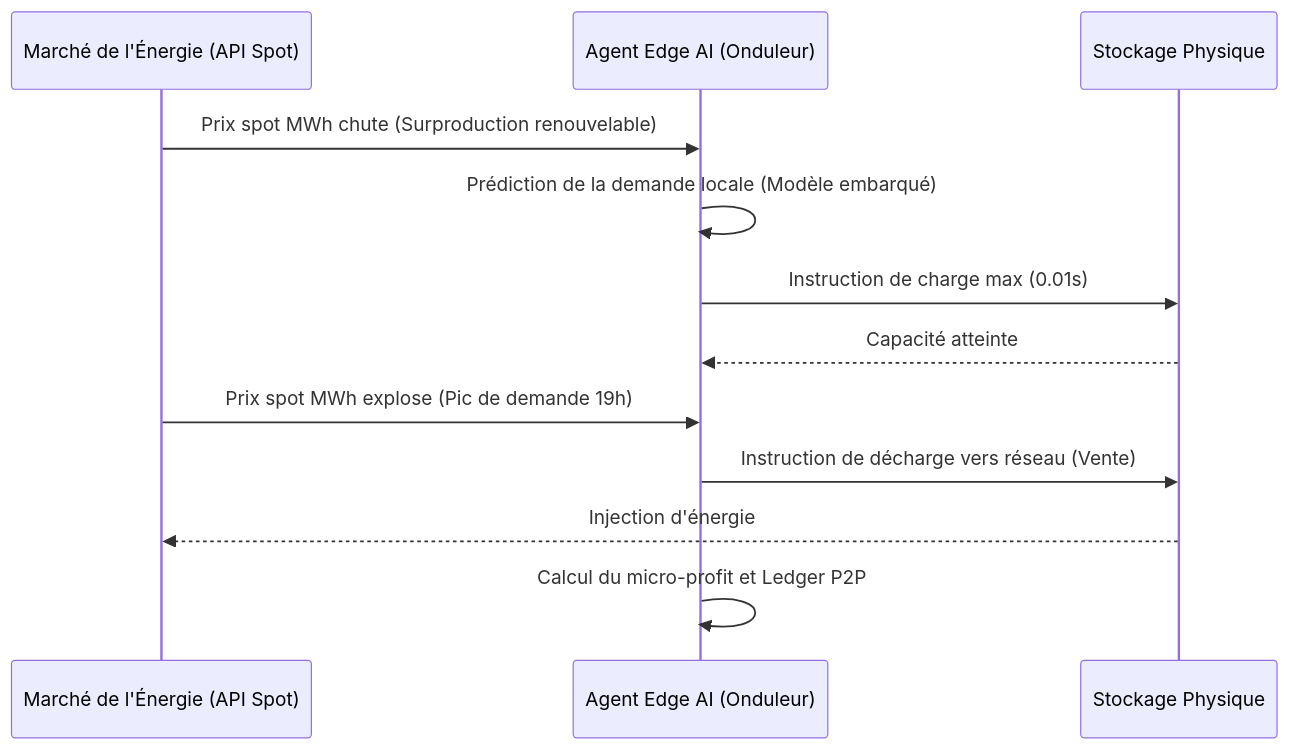
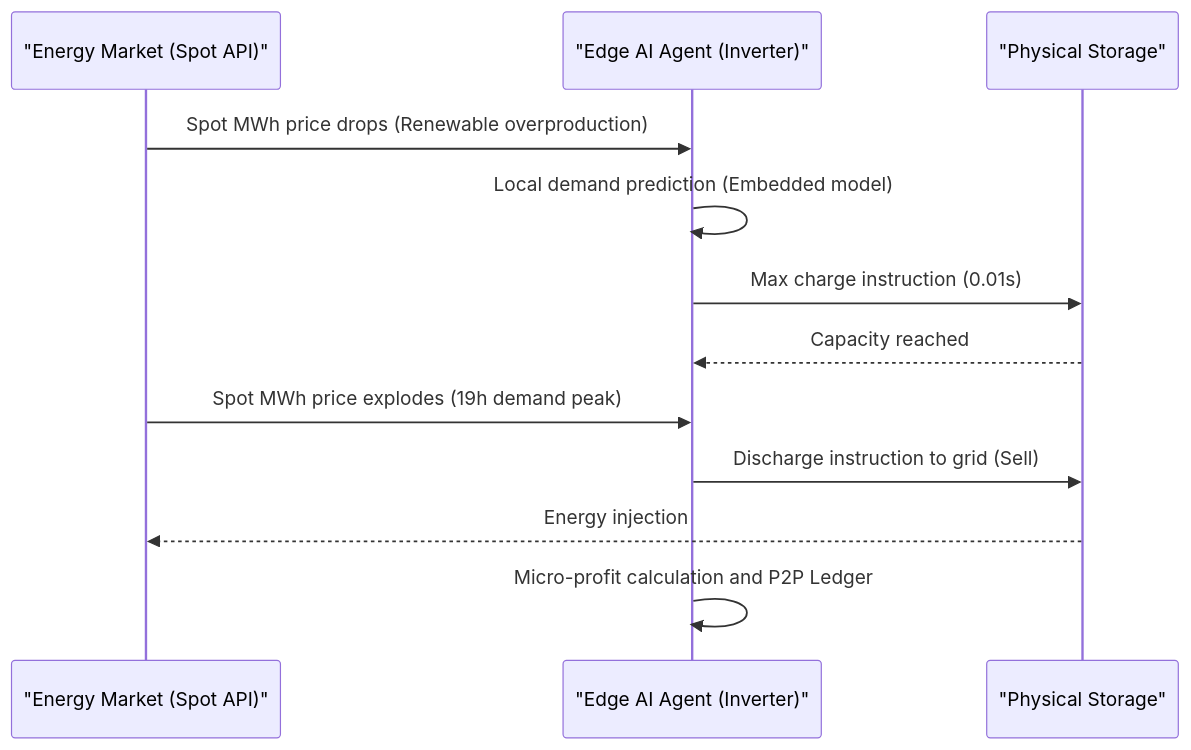
Before and after one commit to flouzzy/top-100-ai-startup-ideas: the second of 2 diagrams in ideas/swarmgrid-ai/README.md, drawn with Mermaid. The commit also changed other lines of this file and 1 other file, not shown here.

First line of the commit message:
fix: resolve Mermaid parse errors in SwarmGrid AI and add English translation

````diff
--- a/ideas/swarmgrid-ai/README.md
+++ b/ideas/swarmgrid-ai/README.md
@@ -37,15 +39,15 @@
 ```mermaid
 sequenceDiagram
-    participant Marché as Marché de l'Énergie (API Spot)
-    participant SwarmNode as Agent Edge AI (Onduleur)
-    participant Batterie as Stockage Physique
+    participant Marché as "Energy Market (Spot API)"
+    participant SwarmNode as "Edge AI Agent (Inverter)"
+    participant Batterie as "Physical Storage"
 
-    Marché->>SwarmNode: Prix spot MWh chute (Surproduction renouvelable)
-    SwarmNode->>SwarmNode: Prédiction de la demande locale (Modèle embarqué)
-    SwarmNode->>Batterie: Instruction de charge max (0.01s)
-    Batterie-->>SwarmNode: Capacité atteinte
-    Marché->>SwarmNode: Prix spot MWh explose (Pic de demande 19h)
-    SwarmNode->>Batterie: Instruction de décharge vers réseau (Vente)
-    Batterie-->>Marché: Injection d'énergie
-    SwarmNode->>SwarmNode: Calcul du micro-profit et Ledger P2P
+    Marché->>SwarmNode: Spot MWh price drops (Renewable overproduction)
+    SwarmNode->>SwarmNode: Local demand prediction (Embedded model)
+    SwarmNode->>Batterie: Max charge instruction (0.01s)
+    Batterie-->>SwarmNode: Capacity reached
+    Marché->>SwarmNode: Spot MWh price explodes (19h demand peak)
+    SwarmNode->>Batterie: Discharge instruction to grid (Sell)
+    Batterie-->>Marché: Energy injection
+    SwarmNode->>SwarmNode: Micro-profit calculation and P2P Ledger
 ```
````
